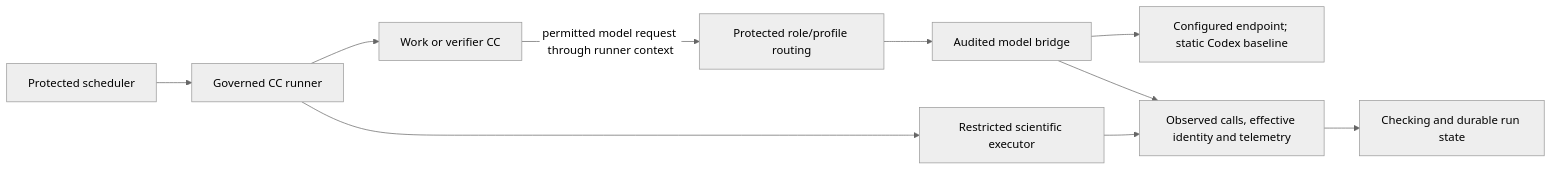
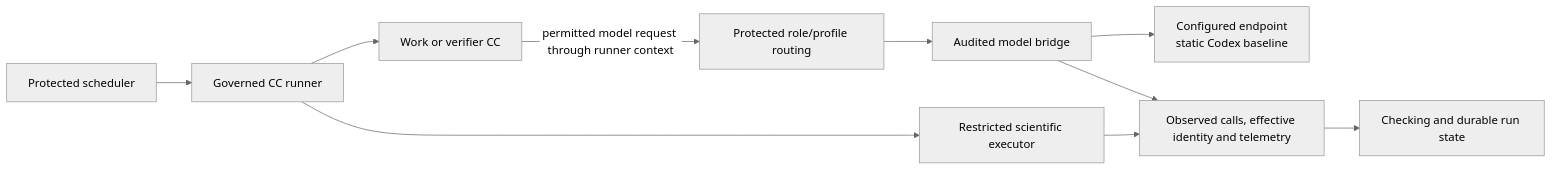
The second of 3 diagrams in docs/architecture/design-package-compact/m1-design.md (Stellven/jiuwenswarm), drawn with Mermaid (neutral theme) before and after one commit. The commit also changed other lines of this file and 51 other files, not shown here.

````diff
--- a/docs/architecture/design-package-compact/m1-design.md
+++ b/docs/architecture/design-package-compact/m1-design.md
@@ -45,12 +45,12 @@
 ```mermaid
 flowchart LR
     S[Protected scheduler] --> R[Governed CC runner]
     R --> C[Work or verifier CC]
     C -->|permitted model request through runner context| Route[Protected role/profile routing]
     Route --> Bridge[Audited model bridge]
-    Bridge --> Model[Configured endpoint; static Codex baseline]
+    Bridge --> Model[Configured endpoint<br/> static Codex baseline]
     Bridge --> Evidence[Observed calls, effective identity and telemetry]
     R --> X[Restricted scientific executor]
     X --> Evidence
     Evidence --> Check[Checking and durable run state]
 ```
````
